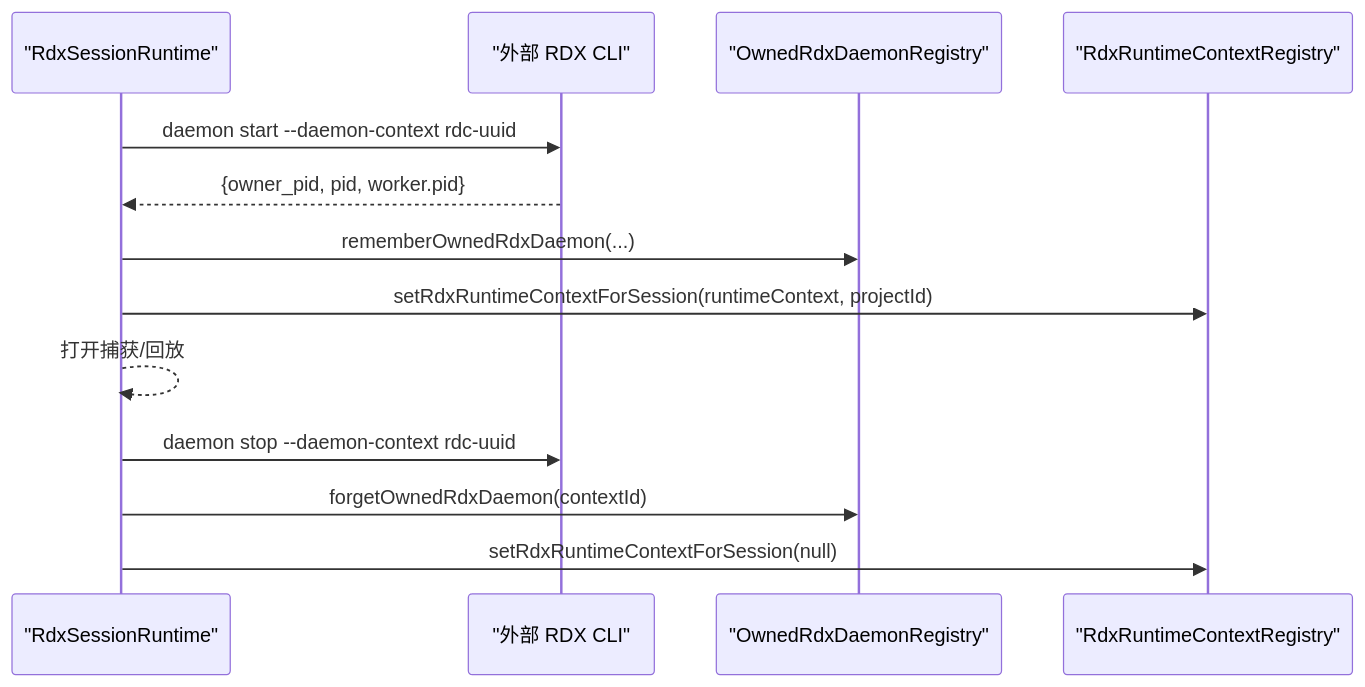
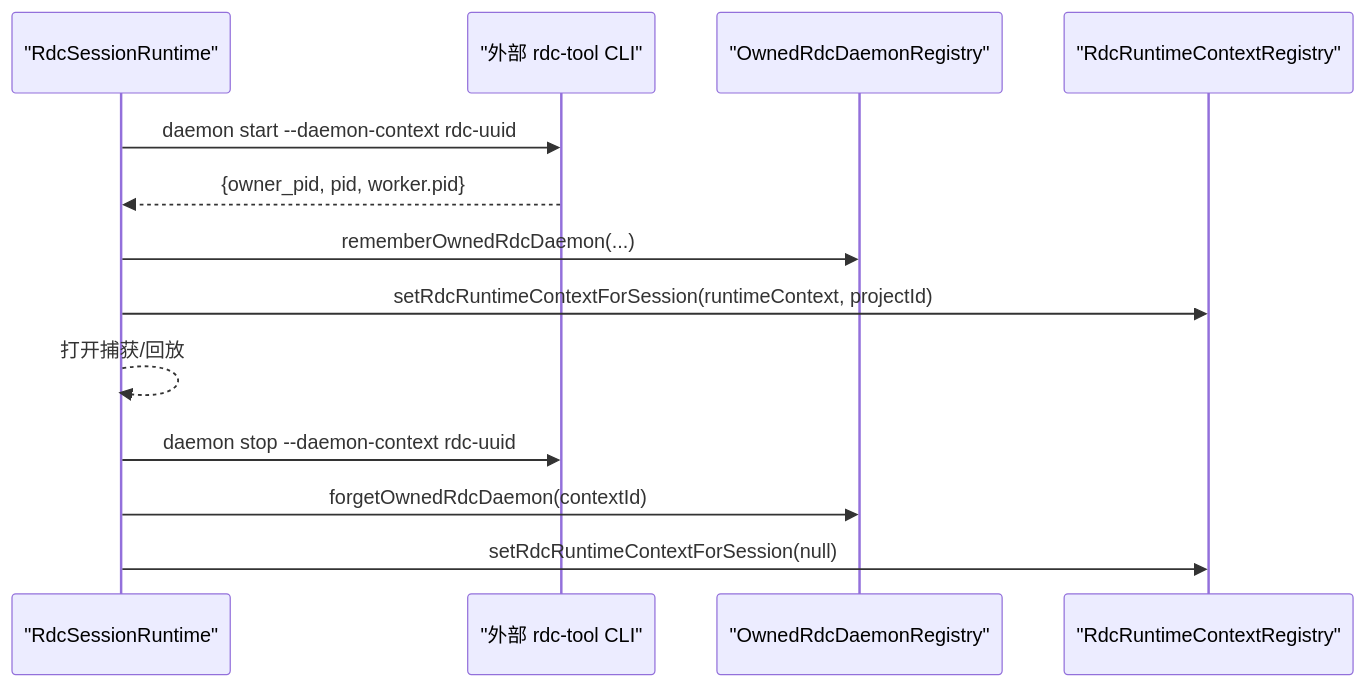
Before and after one commit to haolange/RDC-Agent: the sixth of 7 diagrams in .qoder/repowiki/zh/content/核心模块/会话管理系统/RDX 守护进程所有权注册表.md, drawn with Mermaid. The commit also changed other lines of this file and 557 other files, not shown here.

First line of the commit message:
Unify RDC-Agent identity and canonical RDC-Tool integration

````diff
--- a/.qoder/repowiki/zh/content/核心模块/会话管理系统/RDX 守护进程所有权注册表.md
+++ b/.qoder/repowiki/zh/content/核心模块/会话管理系统/RDX 守护进程所有权注册表.md
@@ -256,15 +256,15 @@
 ```mermaid
 sequenceDiagram
-participant RT as "RdxSessionRuntime"
-participant CLI as "外部 RDX CLI"
-participant Reg as "OwnedRdxDaemonRegistry"
-participant Lease as "RdxRuntimeContextRegistry"
+participant RT as "RdcSessionRuntime"
+participant CLI as "外部 rdc-tool CLI"
+participant Reg as "OwnedRdcDaemonRegistry"
+participant Lease as "RdcRuntimeContextRegistry"
 RT->>CLI : daemon start --daemon-context rdc-uuid
 CLI-->>RT : {owner_pid, pid, worker.pid}
-RT->>Reg : rememberOwnedRdxDaemon(...)
-RT->>Lease : setRdxRuntimeContextForSession(runtimeContext, projectId)
+RT->>Reg : rememberOwnedRdcDaemon(...)
+RT->>Lease : setRdcRuntimeContextForSession(runtimeContext, projectId)
 RT-->>RT : 打开捕获/回放
 RT->>CLI : daemon stop --daemon-context rdc-uuid
-RT->>Reg : forgetOwnedRdxDaemon(contextId)
-RT->>Lease : setRdxRuntimeContextForSession(null)
+RT->>Reg : forgetOwnedRdcDaemon(contextId)
+RT->>Lease : setRdcRuntimeContextForSession(null)
 ```
````
